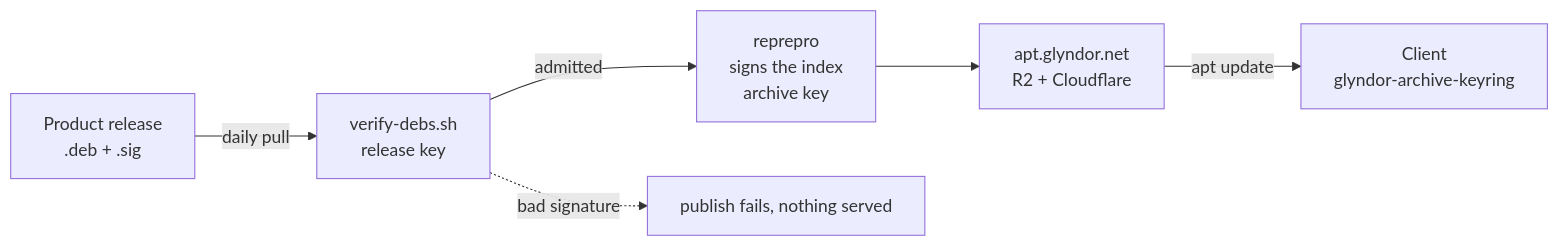
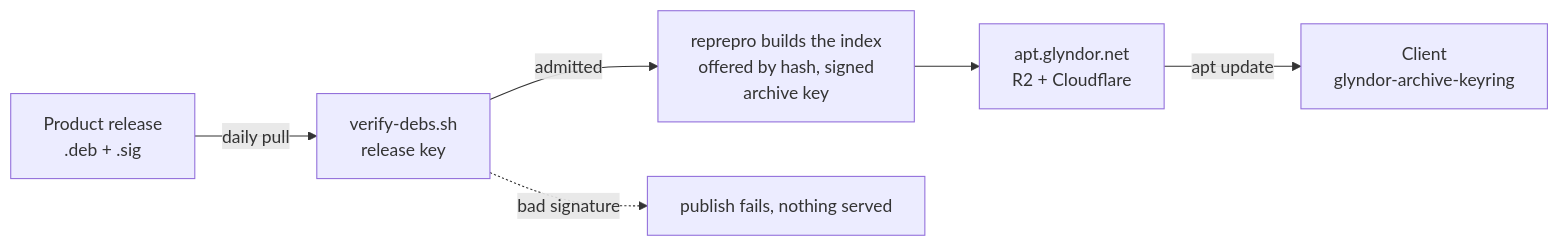
Before and after one commit to Glyndor/apt: the diagram in README.md, drawn with Mermaid. The commit also changed other lines of this file and 31 other files, not shown here.

First line of the commit message:
feat: serve the index by hash, and keep the storage endpoint out of the command line (#473)

````diff
--- a/README.md
+++ b/README.md
@@ -80,8 +80,8 @@
 ```mermaid
 flowchart LR
   P["Product release<br/>.deb + .sig"] -->|daily pull| V["verify-debs.sh<br/>release key"]
-  V -->|admitted| R["reprepro<br/>signs the index<br/>archive key"]
+  V -->|admitted| R["reprepro builds the index<br/>offered by hash, signed<br/>archive key"]
   R --> S["apt.glyndor.net<br/>R2 + Cloudflare"]
   S -->|apt update| C["Client<br/>glyndor-archive-keyring"]
   V -.->|bad signature| X["publish fails, nothing served"]
 ```
````
